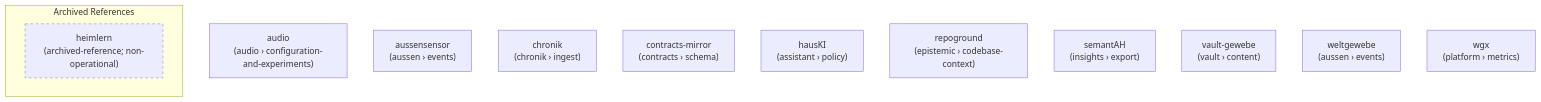
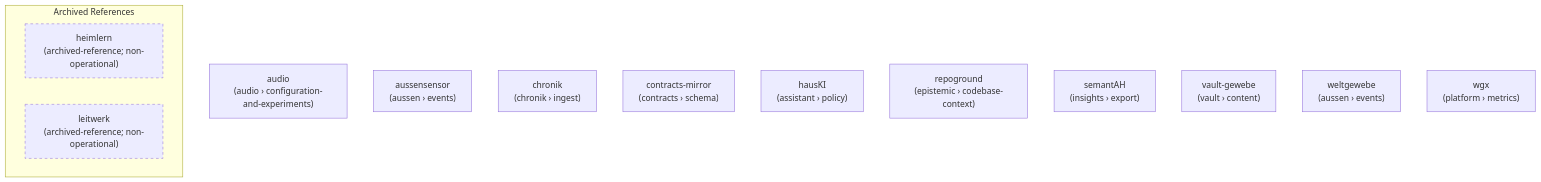
The diagram in docs/org-graph.mmd (heimgewebe/metarepo), drawn with Mermaid before and after one commit. The commit also changed 10 other files, not shown here.

Commit message:
chore(fleet): register Leitwerk archived reference

```diff
--- a/docs/org-graph.mmd
+++ b/docs/org-graph.mmd
@@ -1,17 +1,19 @@
 %% Org dependency graph
 %% Generated by scripts/generate_org_assets.py; do not edit manually.
 graph TD
     audio["audio\n(audio › configuration-and-experiments)"]
     aussensensor["aussensensor\n(aussen › events)"]
     chronik["chronik\n(chronik › ingest)"]
     contracts_mirror["contracts-mirror\n(contracts › schema)"]
     hausKI["hausKI\n(assistant › policy)"]
     repoground["repoground\n(epistemic › codebase-context)"]
     semantAH["semantAH\n(insights › export)"]
     vault_gewebe["vault-gewebe\n(vault › content)"]
     weltgewebe["weltgewebe\n(aussen › events)"]
     wgx["wgx\n(platform › metrics)"]
     subgraph archived_references["Archived References"]
         archived_heimlern["heimlern\n(archived-reference; non-operational)"]
         style archived_heimlern stroke-dasharray: 5 5
+        archived_leitwerk["leitwerk\n(archived-reference; non-operational)"]
+        style archived_leitwerk stroke-dasharray: 5 5
     end
```
